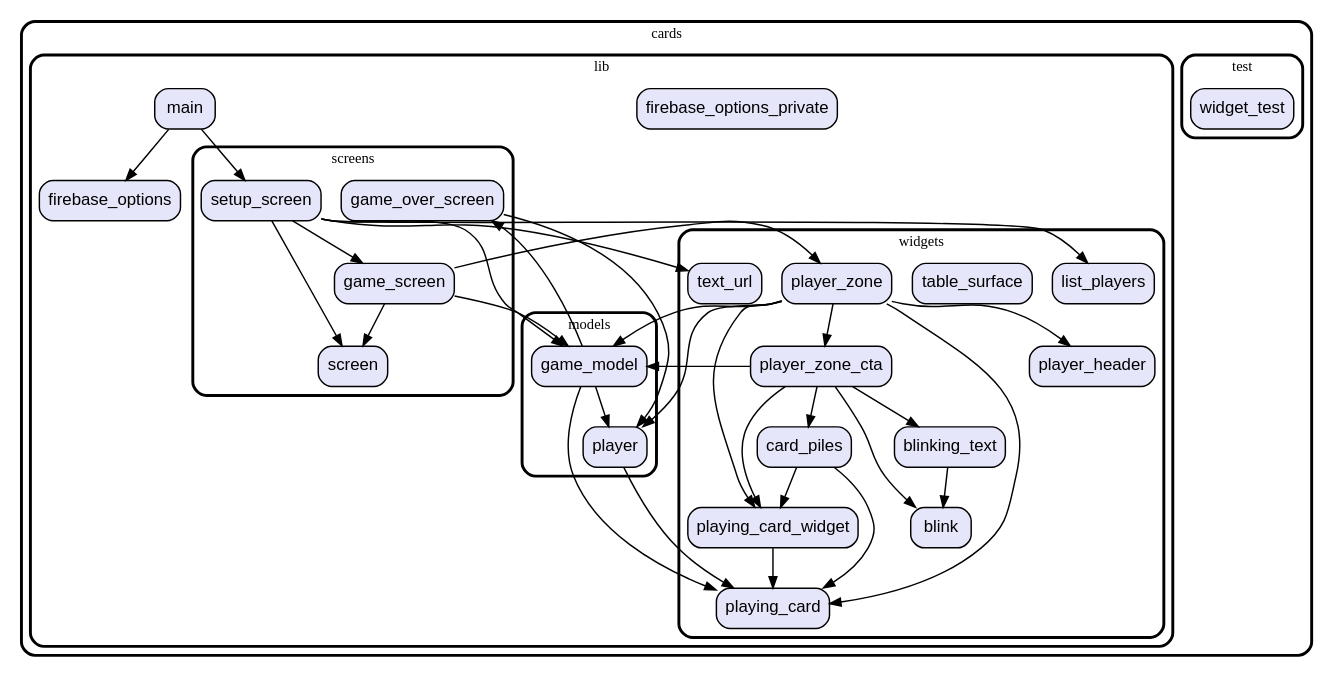
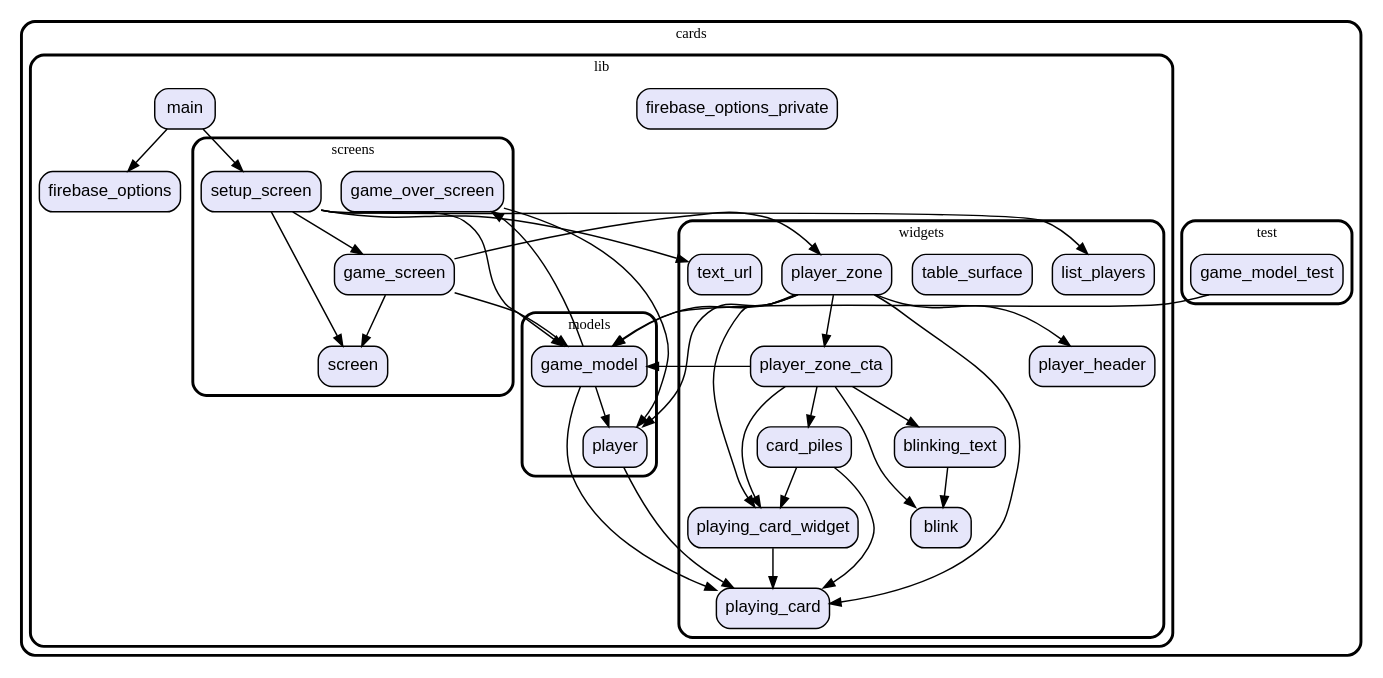
Before and after one commit to vteam-com/Cards: the diagram in graph.dot, drawn with Graphviz. The commit also changed 6 other files, not shown here.

Commit message:
add a basic game_model_test

```diff
--- a/graph.dot
+++ b/graph.dot
@@ -1,95 +1,96 @@
 digraph "" {
   graph [style=rounded fontname="Arial Black" fontsize=13 penwidth=2.6];
   node [shape=rect style="filled,rounded" fontname=Arial fontsize=15 fillcolor=Lavender penwidth=1.3];
   edge [penwidth=1.3];
-  "/test/widget_test.dart" [label="widget_test"];
+  "/test/game_model_test.dart" [label="game_model_test"];
   "/lib/firebase_options_private.dart" [label="firebase_options_private"];
   "/lib/firebase_options.dart" [label="firebase_options"];
   "/lib/models/game_model.dart" [label="game_model"];
   "/lib/models/player.dart" [label="player"];
   "/lib/screens/game_screen.dart" [label="game_screen"];
   "/lib/screens/game_over_screen.dart" [label="game_over_screen"];
   "/lib/screens/setup_screen.dart" [label="setup_screen"];
   "/lib/screens/screen.dart" [label="screen"];
   "/lib/main.dart" [label="main"];
   "/lib/widgets/blink.dart" [label="blink"];
   "/lib/widgets/list_players.dart" [label="list_players"];
   "/lib/widgets/playing_card_widget.dart" [label="playing_card_widget"];
   "/lib/widgets/table_surface.dart" [label="table_surface"];
   "/lib/widgets/blinking_text.dart" [label="blinking_text"];
   "/lib/widgets/player_zone.dart" [label="player_zone"];
   "/lib/widgets/playing_card.dart" [label="playing_card"];
   "/lib/widgets/card_piles.dart" [label="card_piles"];
   "/lib/widgets/player_zone_cta.dart" [label="player_zone_cta"];
   "/lib/widgets/player_header.dart" [label="player_header"];
   "/lib/widgets/text_url.dart" [label="text_url"];
   subgraph "cluster~" {
     label="cards";
     subgraph "cluster~/test" {
       label="test";
-      "/test/widget_test.dart";
+      "/test/game_model_test.dart";
     }
     subgraph "cluster~/lib" {
       label="lib";
       "/lib/firebase_options_private.dart";
       "/lib/firebase_options.dart";
       "/lib/main.dart";
       subgraph "cluster~/lib/models" {
         label="models";
         "/lib/models/game_model.dart";
         "/lib/models/player.dart";
       }
       subgraph "cluster~/lib/screens" {
         label="screens";
         "/lib/screens/game_screen.dart";
         "/lib/screens/game_over_screen.dart";
         "/lib/screens/setup_screen.dart";
         "/lib/screens/screen.dart";
       }
       subgraph "cluster~/lib/widgets" {
         label="widgets";
         "/lib/widgets/blink.dart";
         "/lib/widgets/list_players.dart";
         "/lib/widgets/playing_card_widget.dart";
         "/lib/widgets/table_surface.dart";
         "/lib/widgets/blinking_text.dart";
         "/lib/widgets/player_zone.dart";
         "/lib/widgets/playing_card.dart";
         "/lib/widgets/card_piles.dart";
         "/lib/widgets/player_zone_cta.dart";
         "/lib/widgets/player_header.dart";
         "/lib/widgets/text_url.dart";
       }
     }
   }
+  "/test/game_model_test.dart" -> "/lib/models/game_model.dart";
   "/lib/models/game_model.dart" -> "/lib/models/player.dart";
   "/lib/models/game_model.dart" -> "/lib/screens/game_over_screen.dart";
   "/lib/models/game_model.dart" -> "/lib/widgets/playing_card.dart";
   "/lib/models/player.dart" -> "/lib/widgets/playing_card.dart";
   "/lib/screens/game_screen.dart" -> "/lib/models/game_model.dart";
   "/lib/screens/game_screen.dart" -> "/lib/screens/screen.dart";
   "/lib/screens/game_screen.dart" -> "/lib/widgets/player_zone.dart";
   "/lib/screens/game_over_screen.dart" -> "/lib/models/player.dart";
   "/lib/screens/setup_screen.dart" -> "/lib/models/game_model.dart";
   "/lib/screens/setup_screen.dart" -> "/lib/screens/game_screen.dart";
   "/lib/screens/setup_screen.dart" -> "/lib/screens/screen.dart";
   "/lib/screens/setup_screen.dart" -> "/lib/widgets/list_players.dart";
   "/lib/screens/setup_screen.dart" -> "/lib/widgets/text_url.dart";
   "/lib/main.dart" -> "/lib/firebase_options.dart";
   "/lib/main.dart" -> "/lib/screens/setup_screen.dart";
   "/lib/widgets/playing_card_widget.dart" -> "/lib/widgets/playing_card.dart";
   "/lib/widgets/blinking_text.dart" -> "/lib/widgets/blink.dart";
   "/lib/widgets/player_zone.dart" -> "/lib/models/game_model.dart";
   "/lib/widgets/player_zone.dart" -> "/lib/models/player.dart";
   "/lib/widgets/player_zone.dart" -> "/lib/widgets/player_header.dart";
   "/lib/widgets/player_zone.dart" -> "/lib/widgets/player_zone_cta.dart";
   "/lib/widgets/player_zone.dart" -> "/lib/widgets/playing_card.dart";
   "/lib/widgets/player_zone.dart" -> "/lib/widgets/playing_card_widget.dart";
   "/lib/widgets/card_piles.dart" -> "/lib/widgets/playing_card.dart";
   "/lib/widgets/card_piles.dart" -> "/lib/widgets/playing_card_widget.dart";
   "/lib/widgets/player_zone_cta.dart" -> "/lib/models/game_model.dart";
   "/lib/widgets/player_zone_cta.dart" -> "/lib/widgets/blink.dart";
   "/lib/widgets/player_zone_cta.dart" -> "/lib/widgets/blinking_text.dart";
   "/lib/widgets/player_zone_cta.dart" -> "/lib/widgets/card_piles.dart";
   "/lib/widgets/player_zone_cta.dart" -> "/lib/widgets/playing_card_widget.dart";
 }
```
